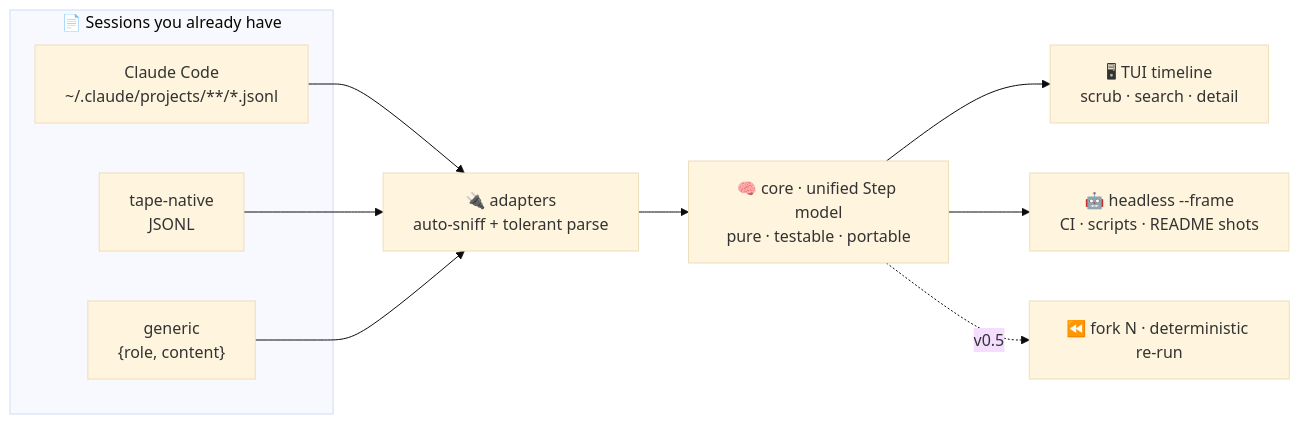
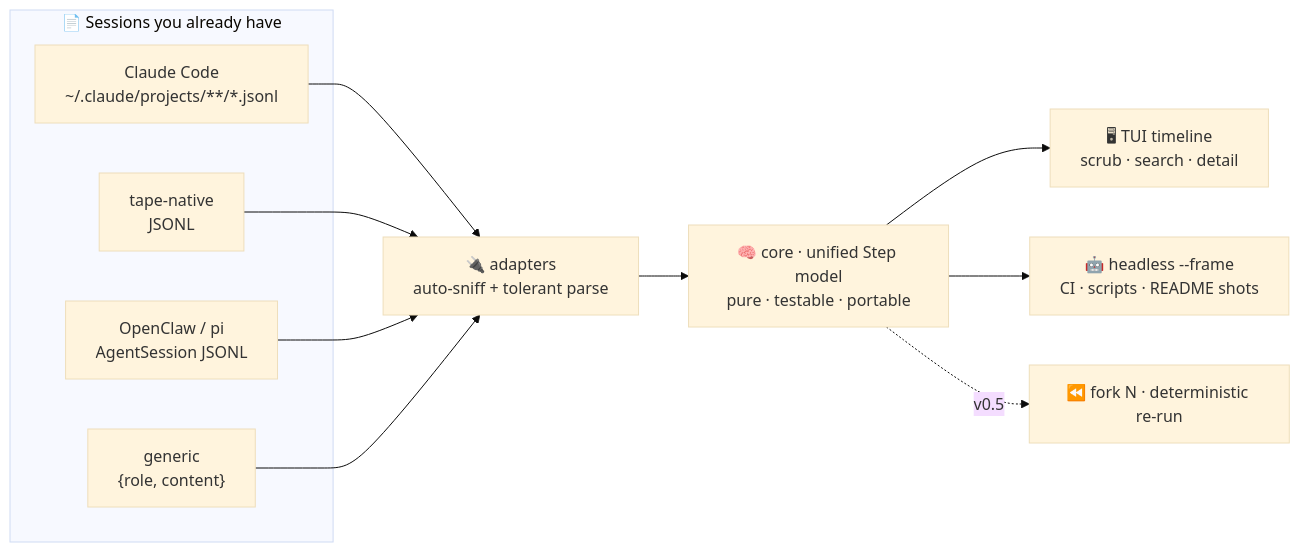
Before and after one commit to ecoreal/tape: the diagram in README.md, drawn with Mermaid (base theme). The commit also changed other lines of this file and 6 other files, not shown here.

Commit message:
🔌 tape: OpenClaw/pi AgentSession adapter (issue #1) — toolCall/thinking/isError + usage harvesting

````diff
--- a/README.md
+++ b/README.md
@@ -41,20 +41,22 @@
 ```mermaid
 flowchart LR
     subgraph files["📄 Sessions you already have"]
         A1["Claude Code<br/>~/.claude/projects/**/*.jsonl"]
         A2["tape-native<br/>JSONL"]
-        A3["generic<br/>{role, content}"]
+        A3["OpenClaw / pi<br/>AgentSession JSONL"]
+        A4["generic<br/>{role, content}"]
     end
     R["🔌 adapters<br/>auto-sniff + tolerant parse"]
     M["🧠 core · unified Step model<br/>pure · testable · portable"]
     T["🖥 TUI timeline<br/>scrub · search · detail"]
     H["🤖 headless --frame<br/>CI · scripts · README shots"]
     F["⏪ fork N · deterministic re-run"]
     A1 --> R
     A2 --> R
     A3 --> R
+    A4 --> R
     R --> M
     M --> T
     M --> H
     M -.->|"v0.5"| F
 ```
````
